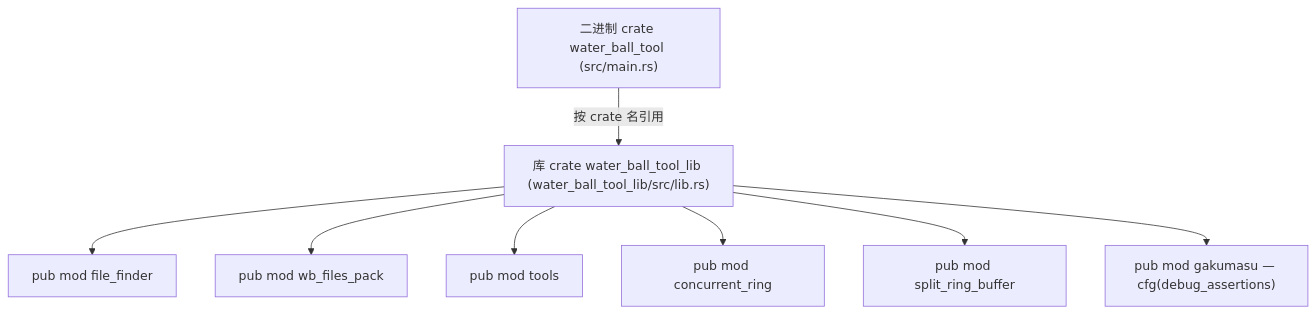
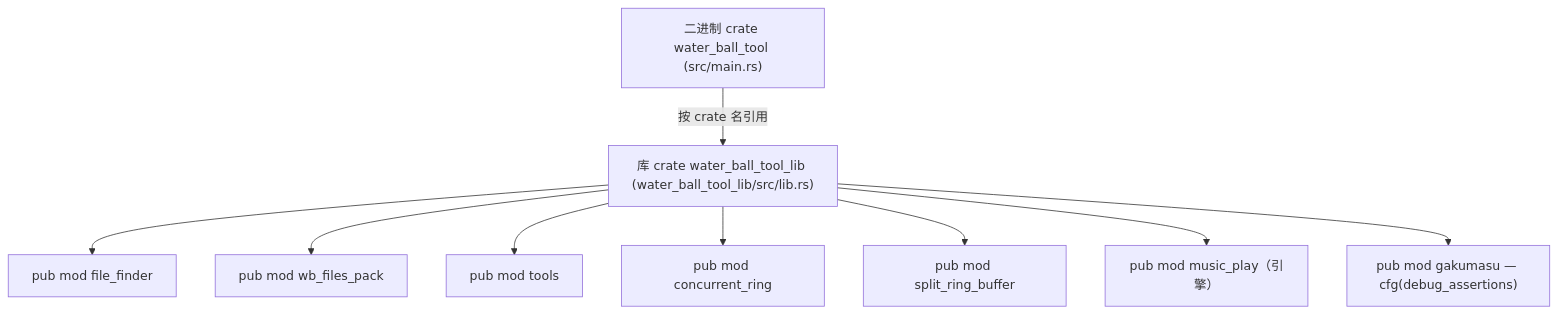
Before and after one commit to WaterBall20/water_ball_tool: the first of 9 diagrams in docs/zh_CN/ARCHITECTURE.md, drawn with Mermaid. The commit also changed other lines of this file and 33 other files, not shown here.

````diff
--- a/docs/zh_CN/ARCHITECTURE.md
+++ b/docs/zh_CN/ARCHITECTURE.md
@@ -138,18 +139,20 @@
 ```mermaid
 flowchart TD
     bin["二进制 crate water_ball_tool (src/main.rs)"]
     lib["库 crate water_ball_tool_lib (water_ball_tool_lib/src/lib.rs)"]
     ffm["pub mod file_finder"]
     wbm["pub mod wb_files_pack"]
     tm["pub mod tools"]
     crm["pub mod concurrent_ring"]
     srm["pub mod split_ring_buffer"]
+    mpm["pub mod music_play（引擎）"]
     gm["pub mod gakumasu — cfg(debug_assertions)"]
     bin -->|按 crate 名引用| lib
     lib --> ffm
     lib --> wbm
     lib --> tm
     lib --> crm
     lib --> srm
+    lib --> mpm
     lib --> gm
 ```
````
